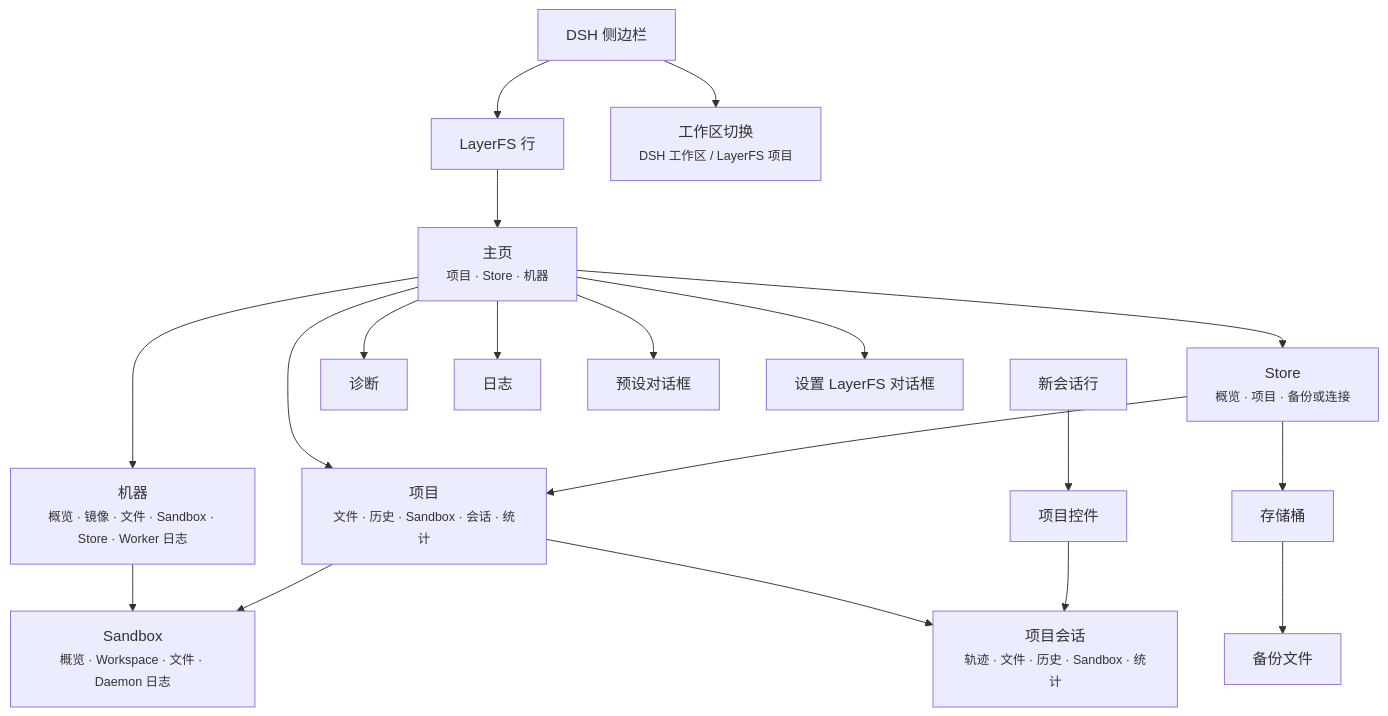
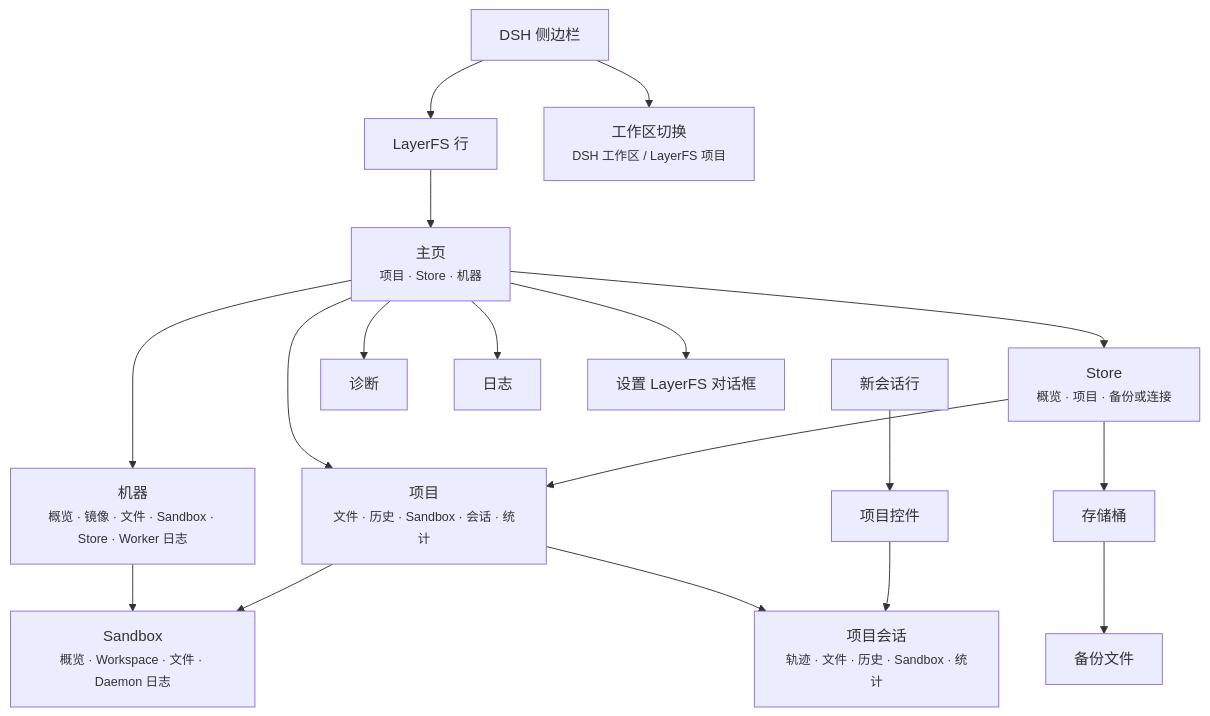
The second of 2 diagrams in docs/guide/zh/README.md (Ephemeral-AI-Lab/dsh-layerfs), drawn with Mermaid before and after one commit. The commit also changed other lines of this file and 138 other files, not shown here.

````diff
--- a/docs/guide/zh/README.md
+++ b/docs/guide/zh/README.md
@@ -78,21 +78,20 @@
 ```mermaid
 flowchart TD
   SB["DSH 侧边栏"] --> L["LayerFS 行"]
   SB --> WS["工作区切换<br/><small>DSH 工作区 / LayerFS 项目</small>"]
   NS["新会话行"] --> PC["项目控件"]
   L --> H["主页<br/><small>项目 · Store · 机器</small>"]
   H --> ST["Store<br/><small>概览 · 项目 · 备份或连接</small>"]
   H --> MA["机器<br/><small>概览 · 镜像 · 文件 · Sandbox · Store · Worker 日志</small>"]
   H --> PR["项目<br/><small>文件 · 历史 · Sandbox · 会话 · 统计</small>"]
   ST --> PR
   ST --> BK["存储桶"]
   BK --> BF["备份文件"]
   MA --> SX["Sandbox<br/><small>概览 · Workspace · 文件 · Daemon 日志</small>"]
   PR --> SX
   H --> DR["诊断"]
   H --> LG["日志"]
-  H --> PS["预设对话框"]
   H --> SU["设置 LayerFS 对话框"]
   PR --> CV["项目会话<br/><small>轨迹 · 文件 · 历史 · Sandbox · 统计</small>"]
   PC --> CV
 ```
````
